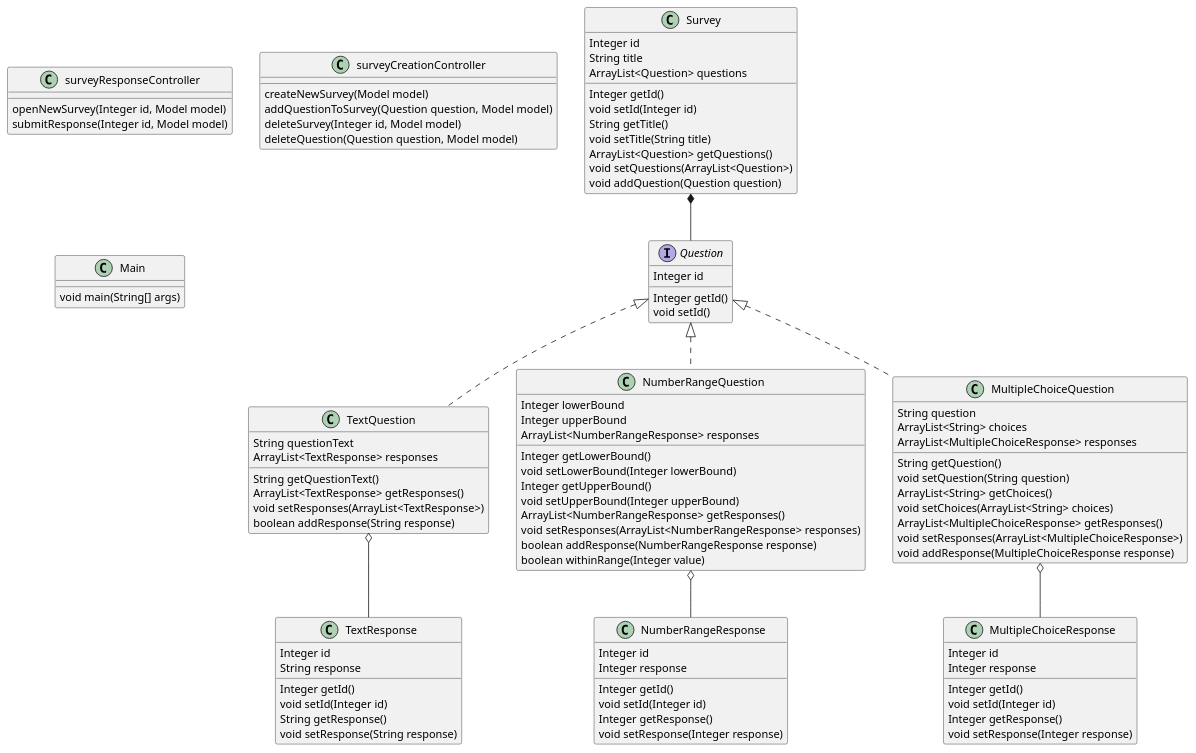
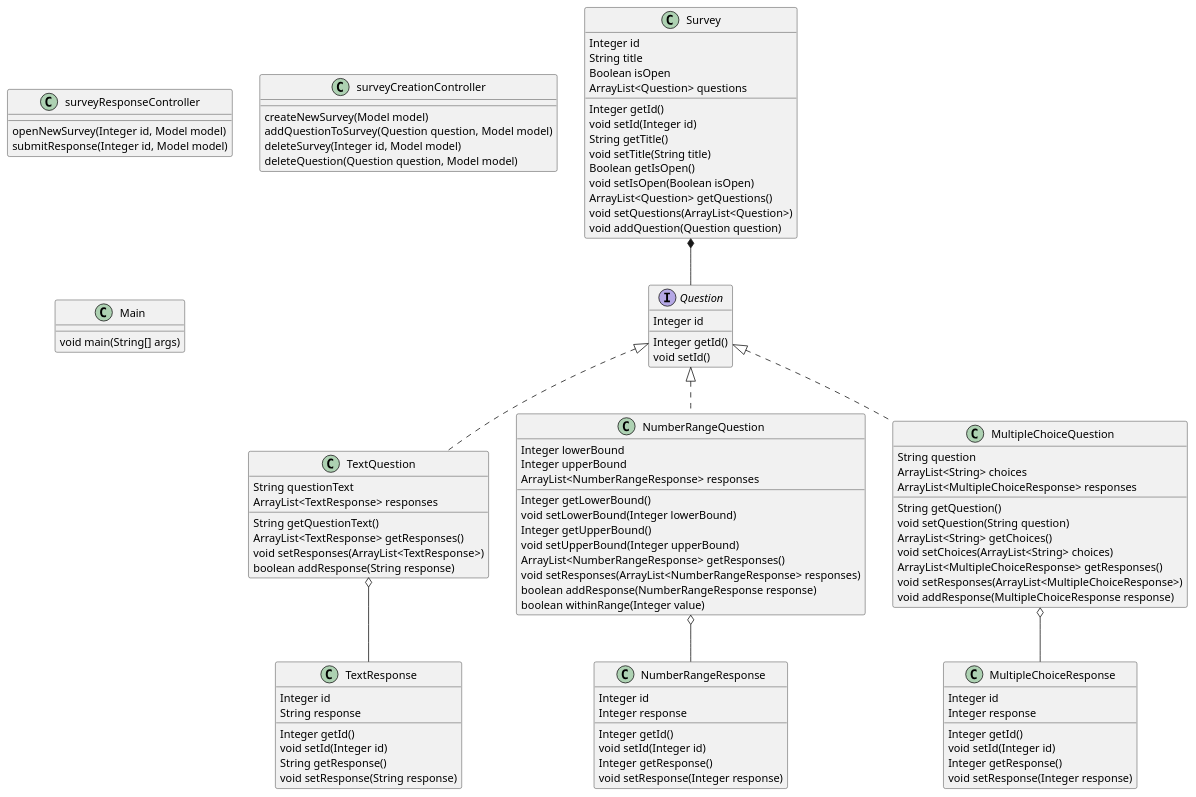
The diagram in plant_uml/java-class-diagram.puml (elyssagrant/SYSC4806-Group-Project), drawn with PlantUML before and after one commit.

Commit message:
Updated java uml to include ids and other helper attributes

```diff
--- a/plant_uml/java-class-diagram.puml
+++ b/plant_uml/java-class-diagram.puml
@@ -1,104 +1,107 @@
 @startuml
 class Survey{
 Integer id
 String title
+Boolean isOpen
+ArrayList<Question> questions
 Integer getId()
 void setId(Integer id)
 String getTitle()
 void setTitle(String title)
-ArrayList<Question> questions
+Boolean getIsOpen()
+void setIsOpen(Boolean isOpen)
 ArrayList<Question> getQuestions()
 void setQuestions(ArrayList<Question>)
 void addQuestion(Question question)
 }
 
 interface Question {
     Integer id
     Integer getId()
     void setId()
 }
 
 class TextQuestion implements Question {
 String questionText
 ArrayList<TextResponse> responses
 String getQuestionText()
 ArrayList<TextResponse> getResponses()
 void setResponses(ArrayList<TextResponse>)
 boolean addResponse(String response)
 }
 
 class NumberRangeQuestion implements Question{
 Integer lowerBound
 Integer upperBound
 ArrayList<NumberRangeResponse> responses
 Integer getLowerBound()
 void setLowerBound(Integer lowerBound)
 Integer getUpperBound()
 void setUpperBound(Integer upperBound)
 ArrayList<NumberRangeResponse> getResponses()
 void setResponses(ArrayList<NumberRangeResponse> responses)
 boolean addResponse(NumberRangeResponse response)
 boolean withinRange(Integer value)
 }
 
 class MultipleChoiceQuestion implements Question{
 String question
 ArrayList<String> choices
 ArrayList<MultipleChoiceResponse> responses
 String getQuestion()
 void setQuestion(String question)
 ArrayList<String> getChoices()
 void setChoices(ArrayList<String> choices)
 ArrayList<MultipleChoiceResponse> getResponses()
 void setResponses(ArrayList<MultipleChoiceResponse>)
 void addResponse(MultipleChoiceResponse response)
 }
 
 class TextResponse {
 Integer id
 String response
 Integer getId()
 void setId(Integer id)
 String getResponse()
 void setResponse(String response)
 }
 
 class NumberRangeResponse{
 Integer id
 Integer response
 Integer getId()
 void setId(Integer id)
 Integer getResponse()
 void setResponse(Integer response)
 }
 
 class MultipleChoiceResponse {
 Integer id
 Integer response
 Integer getId()
 void setId(Integer id)
 Integer getResponse()
 void setResponse(Integer response)
 }
 
 class surveyResponseController {
 openNewSurvey(Integer id, Model model)
 submitResponse(Integer id, Model model)
 }
 
 class surveyCreationController {
 createNewSurvey(Model model)
 addQuestionToSurvey(Question question, Model model)
 deleteSurvey(Integer id, Model model)
 deleteQuestion(Question question, Model model)
 }
 
 class Main {
 void main(String[] args)
 }
 
 Survey *-- Question
 TextQuestion o-- TextResponse
 NumberRangeQuestion o-- NumberRangeResponse
 MultipleChoiceQuestion o-- MultipleChoiceResponse
 @enduml
```
